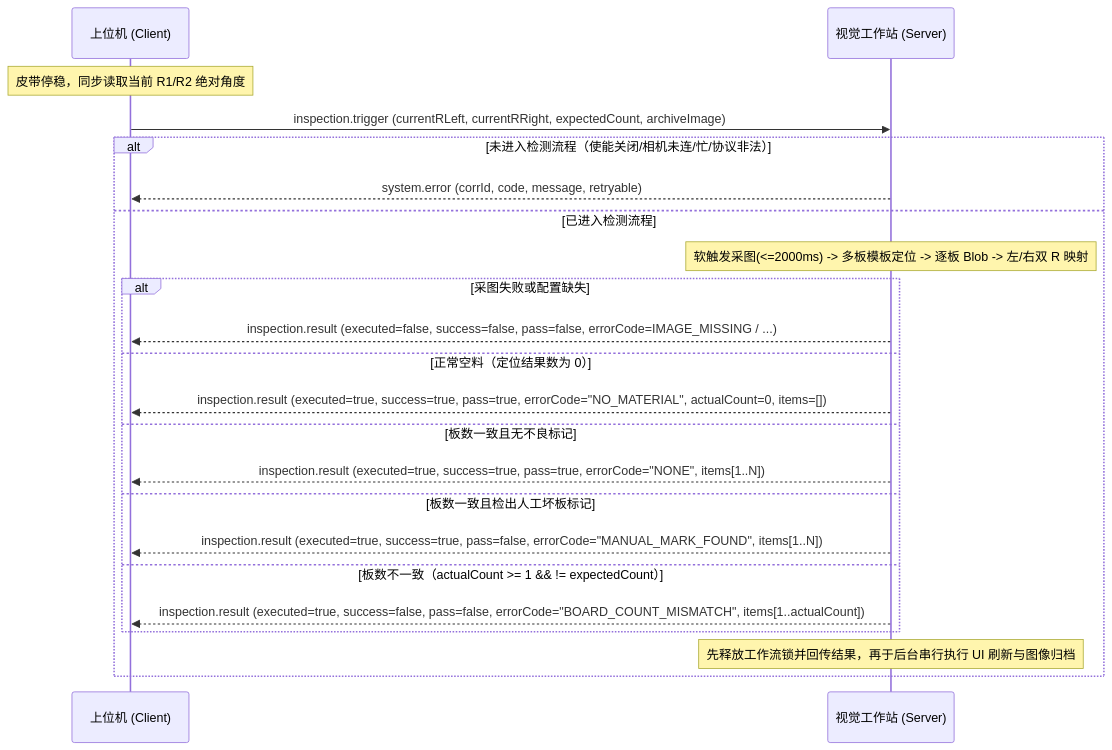
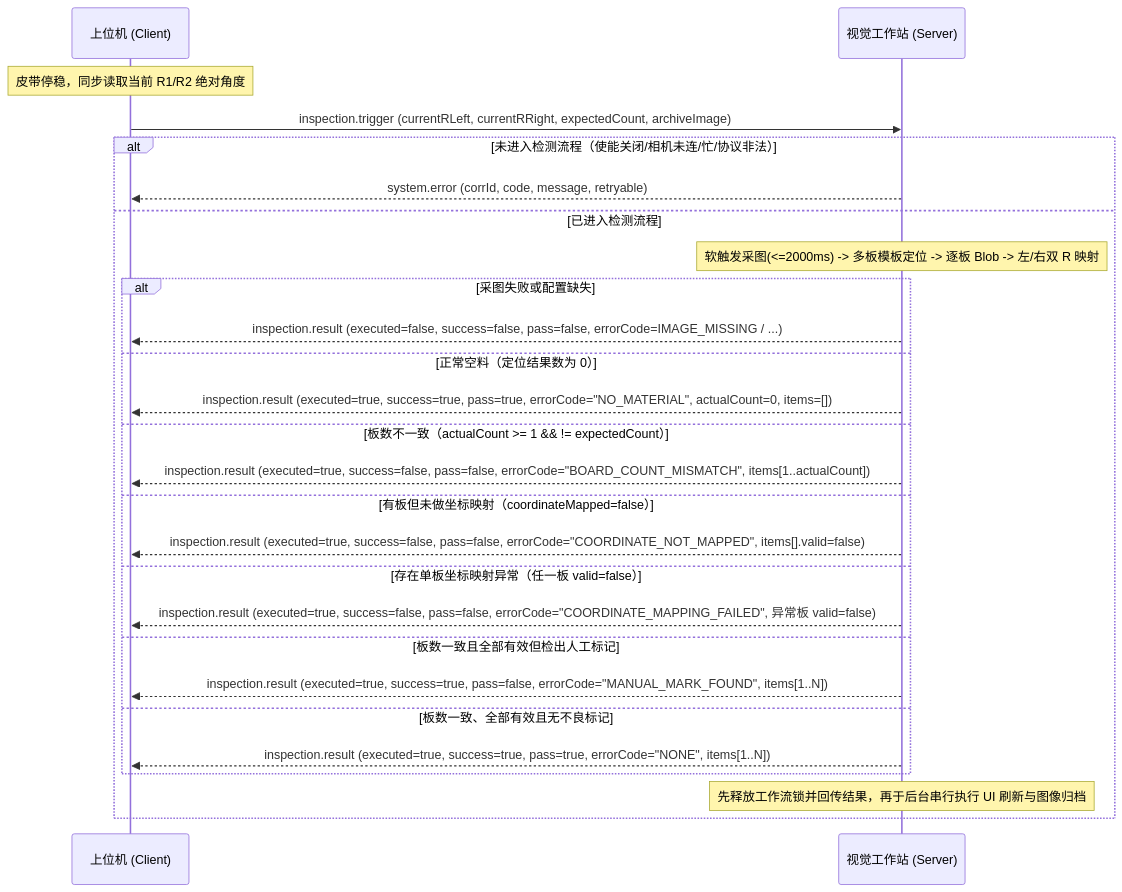
Before and after one commit to Aoxuan666/NinePointRotationCalibration: the third of 4 diagrams in docs/ZM910A视觉工作站TCP通讯协议规范_v1.1.md, drawn with Mermaid. The commit also changed other lines of this file and 13 other files, not shown here.

````diff
--- a/docs/ZM910A视觉工作站TCP通讯协议规范_v1.1.md
+++ b/docs/ZM910A视觉工作站TCP通讯协议规范_v1.1.md
@@ -203,26 +206,30 @@
 ```mermaid
 sequenceDiagram
     participant Host as 上位机 (Client)
     participant Vision as 视觉工作站 (Server)
 
     Note over Host: 皮带停稳，同步读取当前 R1/R2 绝对角度
     Host->>Vision: inspection.trigger (currentRLeft, currentRRight, expectedCount, archiveImage)
 
     alt 未进入检测流程（使能关闭/相机未连/忙/协议非法）
         Vision-->>Host: system.error (corrId, code, message, retryable)
     else 已进入检测流程
         Note over Vision: 软触发采图(<=2000ms) -> 多板模板定位 -> 逐板 Blob -> 左/右双 R 映射
         alt 采图失败或配置缺失
             Vision-->>Host: inspection.result (executed=false, success=false, pass=false, errorCode=IMAGE_MISSING / ...)
         else 正常空料（定位结果数为 0）
             Vision-->>Host: inspection.result (executed=true, success=true, pass=true, errorCode="NO_MATERIAL", actualCount=0, items=[])
-        else 板数一致且无不良标记
-            Vision-->>Host: inspection.result (executed=true, success=true, pass=true, errorCode="NONE", items[1..N])
-        else 板数一致且检出人工坏板标记
-            Vision-->>Host: inspection.result (executed=true, success=true, pass=false, errorCode="MANUAL_MARK_FOUND", items[1..N])
         else 板数不一致（actualCount >= 1 && != expectedCount）
             Vision-->>Host: inspection.result (executed=true, success=false, pass=false, errorCode="BOARD_COUNT_MISMATCH", items[1..actualCount])
+        else 有板但未做坐标映射（coordinateMapped=false）
+            Vision-->>Host: inspection.result (executed=true, success=false, pass=false, errorCode="COORDINATE_NOT_MAPPED", items[].valid=false)
+        else 存在单板坐标映射异常（任一板 valid=false）
+            Vision-->>Host: inspection.result (executed=true, success=false, pass=false, errorCode="COORDINATE_MAPPING_FAILED", 异常板 valid=false)
+        else 板数一致且全部有效但检出人工标记
+            Vision-->>Host: inspection.result (executed=true, success=true, pass=false, errorCode="MANUAL_MARK_FOUND", items[1..N])
+        else 板数一致、全部有效且无不良标记
+            Vision-->>Host: inspection.result (executed=true, success=true, pass=true, errorCode="NONE", items[1..N])
         end
         Note over Vision: 先释放工作流锁并回传结果，再于后台串行执行 UI 刷新与图像归档
     end
 ```
````
